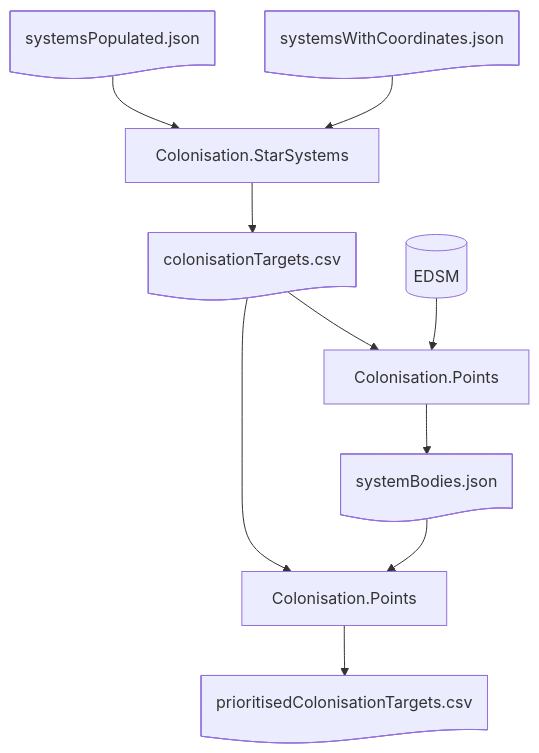
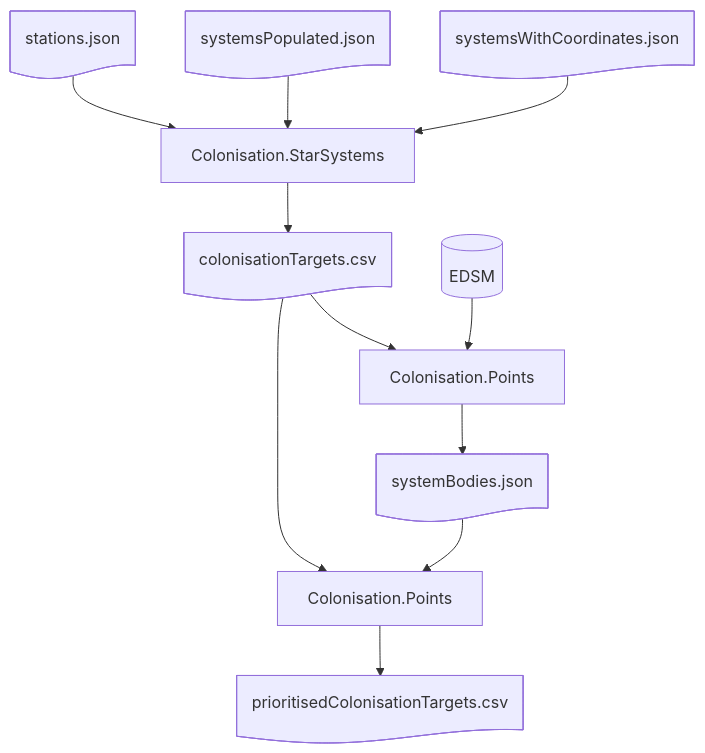
One commit to anthonylangsworth/Colonisation changed the diagram in README.md. Above: the diagram before and after it, drawn with Mermaid. The commit also changed other lines of this file and 11 other files, not shown here.

````diff
--- a/README.md
+++ b/README.md
@@ -16,12 +16,13 @@
 ```mermaid
 flowchart TB
   swc@{ shape: doc, label: "systemsWithCoordinates.json"} --> cs["Colonisation.StarSystems"]
   sp@{ shape: doc, label: "systemsPopulated.json"} --> cs
+  st@{ shape: doc, label: "stations.json"} --> cs
   cs --> ct@{ shape: doc, label: "colonisationTargets.csv"}
   edsm@{ shape: cyl, label: "EDSM"} --> cb["Colonisation.Bodies"]
   cb --> sb@{ shape: doc, label: "systemBodies.json"}
   ct --> cb["Colonisation.Points"]
   ct --> cp["Colonisation.Points"]
   sb --> cp
   cp --> pct@{ shape: doc, label: "prioritisedColonisationTargets.csv"}
 ```
````
